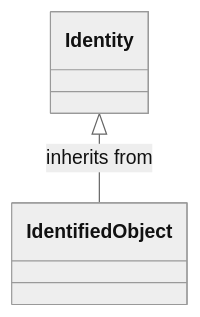
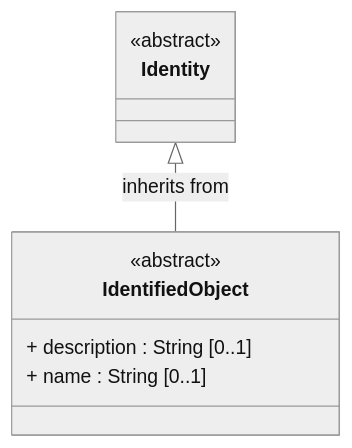
One commit to PNNL-CIM-Tools/CIM-Graph changed diagram 11 of 14 in cimgraph/data_profile/cim18gmdm/asset/Asset.rdfs-t2b.md. Above: the diagram before and after it, drawn with Mermaid (neutral theme). The commit also changed other lines of this file and 28 other files, not shown here.

````diff
--- a/cimgraph/data_profile/cim18gmdm/asset/Asset.rdfs-t2b.md
+++ b/cimgraph/data_profile/cim18gmdm/asset/Asset.rdfs-t2b.md
@@ -453,6 +527,16 @@
 ```mermaid
 classDiagram
-class IdentifiedObject{
+direction TB
+
+class IdentifiedObject {
+<<abstract>>
++ description : String [0..1]
++ name : String [0..1]
 }
+
+class Identity {
+<<abstract>>
+}
+
 Identity <|-- IdentifiedObject : inherits from
 ```
````
